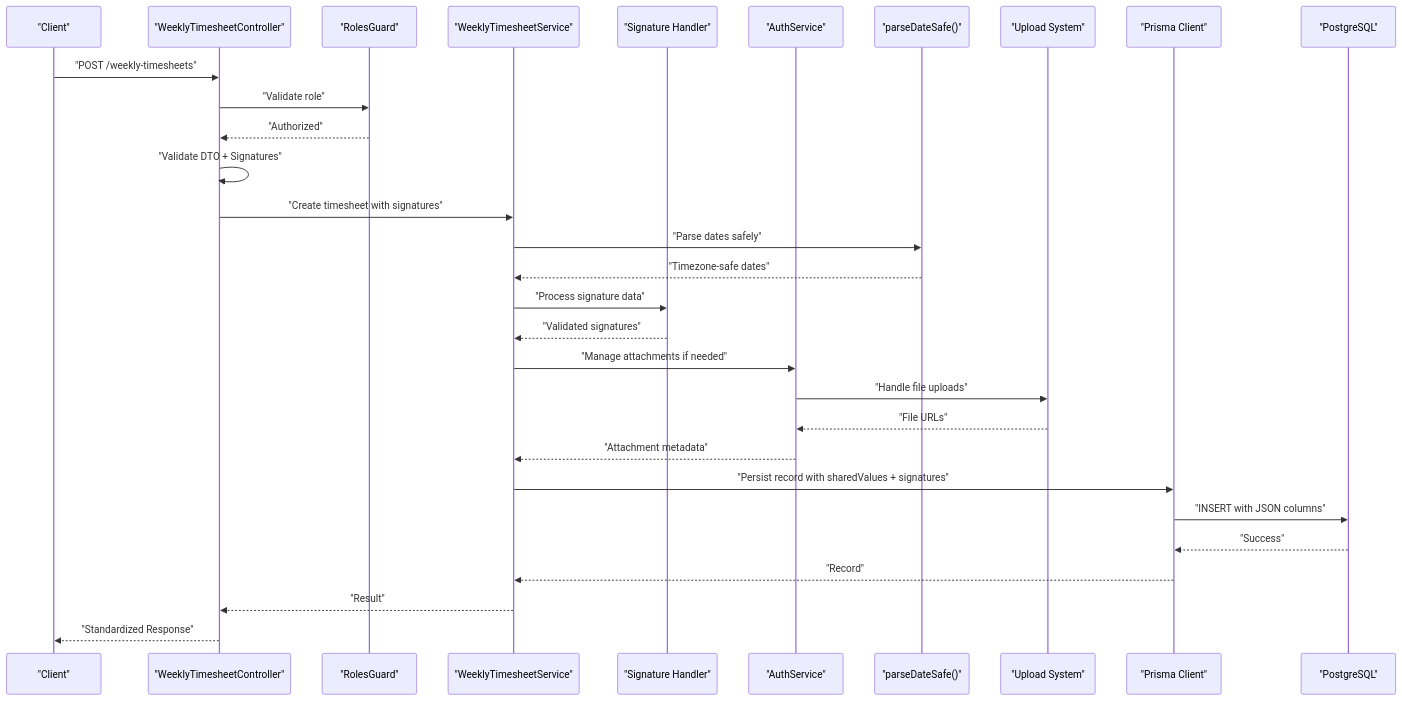
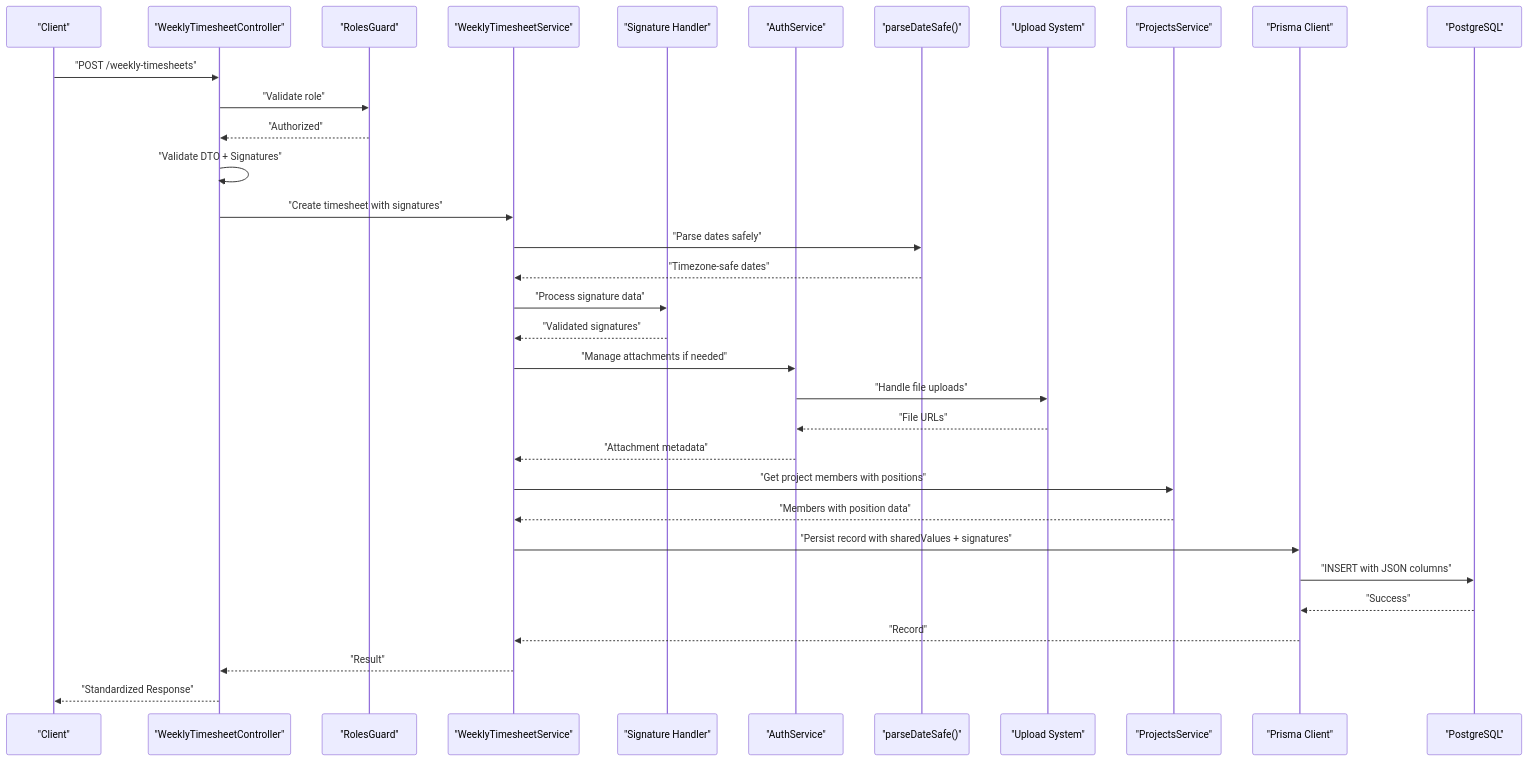
One commit to RobertRuas/windlog changed the second of 10 diagrams in .qoder/repowiki/en/content/Arquitetura Backend/Módulos do Sistema/Timesheet Semanal - Módulo Backend.md. Above: the diagram before and after it, drawn with Mermaid. The commit also changed other lines of this file and 12 other files, not shown here.

````diff
--- a/.qoder/repowiki/en/content/Arquitetura Backend/Módulos do Sistema/Timesheet Semanal - Módulo Backend.md
+++ b/.qoder/repowiki/en/content/Arquitetura Backend/Módulos do Sistema/Timesheet Semanal - Módulo Backend.md
@@ -168,32 +174,35 @@
 ```mermaid
 sequenceDiagram
 participant Client as "Client"
 participant Controller as "WeeklyTimesheetController"
 participant Guard as "RolesGuard"
 participant Service as "WeeklyTimesheetService"
 participant SignatureHandler as "Signature Handler"
 participant AuthService as "AuthService"
 participant DateHelper as "parseDateSafe()"
 participant UploadSystem as "Upload System"
+participant ProjectsService as "ProjectsService"
 participant Prisma as "Prisma Client"
 participant DB as "PostgreSQL"
 Client->>Controller : "POST /weekly-timesheets"
 Controller->>Guard : "Validate role"
 Guard-->>Controller : "Authorized"
 Controller->>Controller : "Validate DTO + Signatures"
 Controller->>Service : "Create timesheet with signatures"
 Service->>DateHelper : "Parse dates safely"
 DateHelper-->>Service : "Timezone-safe dates"
 Service->>SignatureHandler : "Process signature data"
 SignatureHandler-->>Service : "Validated signatures"
 Service->>AuthService : "Manage attachments if needed"
 AuthService->>UploadSystem : "Handle file uploads"
 UploadSystem-->>AuthService : "File URLs"
 AuthService-->>Service : "Attachment metadata"
+Service->>ProjectsService : "Get project members with positions"
+ProjectsService-->>Service : "Members with position data"
 Service->>Prisma : "Persist record with sharedValues + signatures"
 Prisma->>DB : "INSERT with JSON columns"
 DB-->>Prisma : "Success"
 Prisma-->>Service : "Record"
 Service-->>Controller : "Result"
 Controller-->>Client : "Standardized Response"
 ```
````
